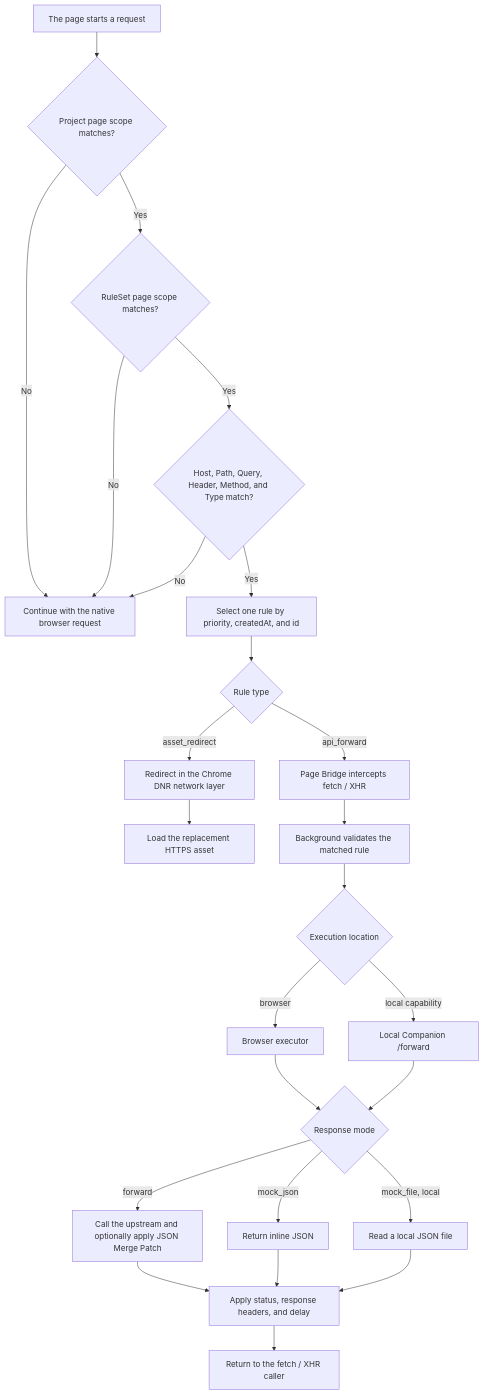
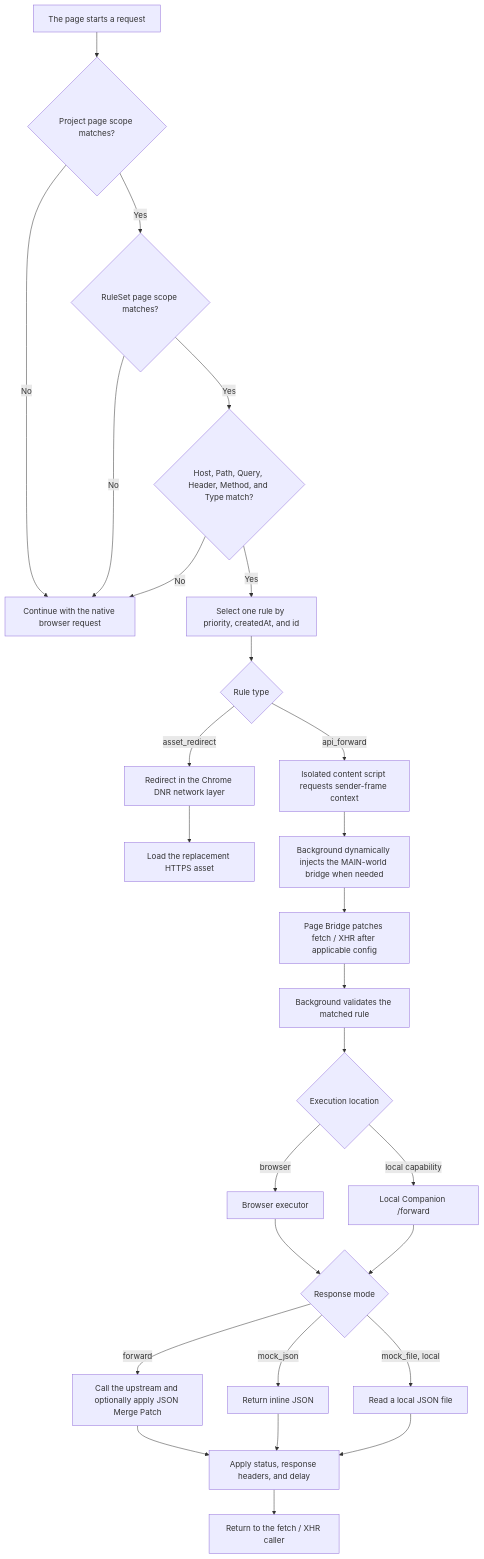
Before and after one commit to real-jacket/resource-forwarder: the third of 4 diagrams in README.md, drawn with Mermaid. The commit also changed 3 other files, not shown here.

````diff
--- a/README.md
+++ b/README.md
@@ -151,29 +151,31 @@
 ```mermaid
 flowchart TD
   Request["The page starts a request"] --> ProjectScope{"Project page scope matches?"}
   ProjectScope -->|No| Native["Continue with the native browser request"]
   ProjectScope -->|Yes| RuleSetScope{"RuleSet page scope matches?"}
   RuleSetScope -->|No| Native
   RuleSetScope -->|Yes| Conditions{"Host, Path, Query, Header, Method, and Type match?"}
   Conditions -->|No| Native
   Conditions -->|Yes| Winner["Select one rule by priority, createdAt, and id"]
   Winner --> Kind{"Rule type"}
 
   Kind -->|asset_redirect| DNR["Redirect in the Chrome DNR network layer"]
   DNR --> AssetTarget["Load the replacement HTTPS asset"]
 
-  Kind -->|api_forward| Bridge["Page Bridge intercepts fetch / XHR"]
+  Kind -->|api_forward| Context["Isolated content script requests sender-frame context"]
+  Context --> Inject["Background dynamically injects the MAIN-world bridge when needed"]
+  Inject --> Bridge["Page Bridge patches fetch / XHR after applicable config"]
   Bridge --> Background["Background validates the matched rule"]
   Background --> Executor{"Execution location"}
   Executor -->|browser| Browser["Browser executor"]
   Executor -->|local capability| Local["Local Companion /forward"]
   Browser --> Mode{"Response mode"}
   Local --> Mode
   Mode -->|forward| Forward["Call the upstream and optionally apply JSON Merge Patch"]
   Mode -->|mock_json| Inline["Return inline JSON"]
   Mode -->|mock_file, local| File["Read a local JSON file"]
   Forward --> Response["Apply status, response headers, and delay"]
   Inline --> Response
   File --> Response
   Response --> Caller["Return to the fetch / XHR caller"]
 ```
````
